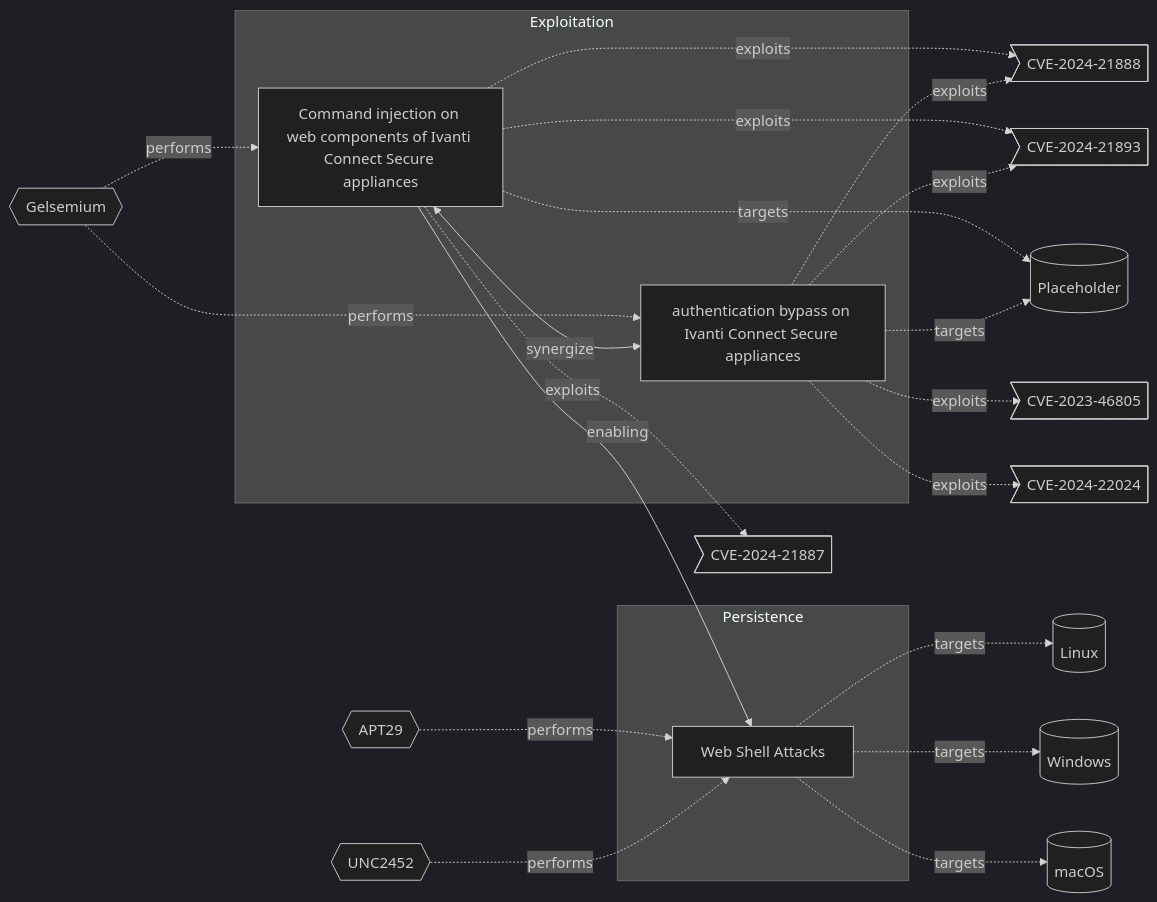
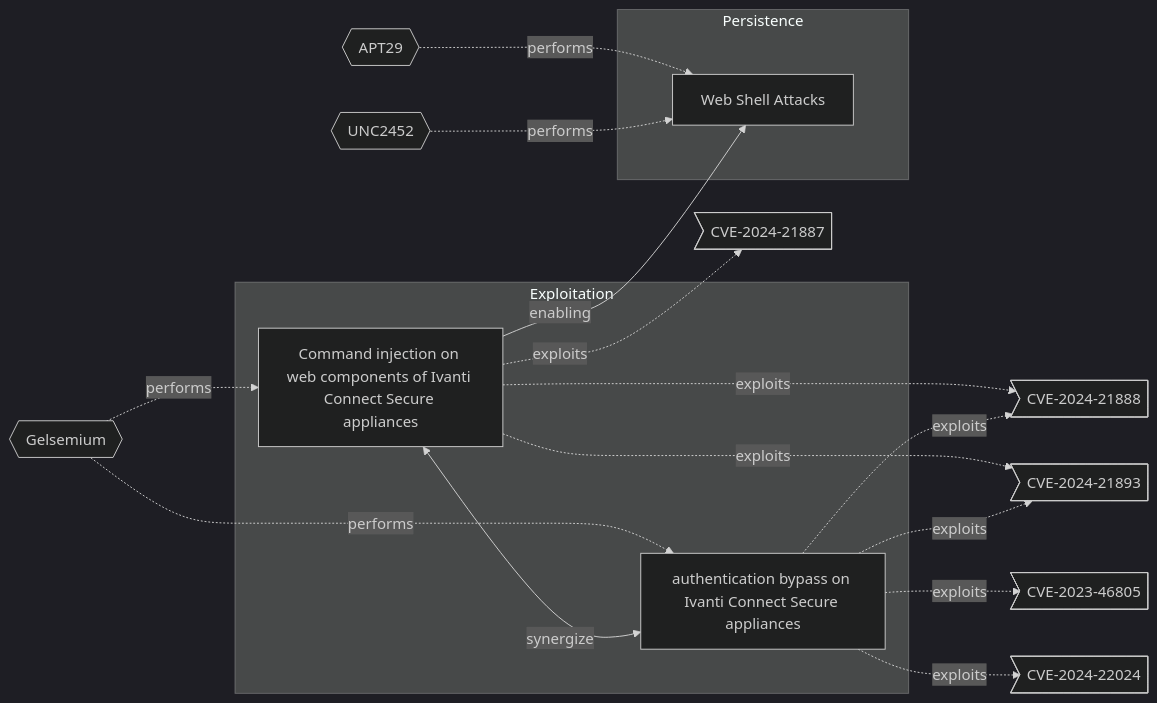
Before and after one commit to OpenTideHQ/WikiTide: the diagram in Models/Threat Vectors/☣️ Command injection on web components of Ivanti Connect Secure appliances.md, drawn with Mermaid (dark theme). The commit also changed other lines of this file and 232 other files, not shown here.

````diff
--- a/Models/Threat Vectors/☣️ Command injection on web components of Ivanti Connect Secure appliances.md
+++ b/Models/Threat Vectors/☣️ Command injection on web components of Ivanti Connect Secure appliances.md
@@ -93,50 +93,41 @@
 ```mermaid
 
 flowchart LR
 
 4b1c47ee-f45a-4b89-98e7-e943bcd5dd19[Command injection on web components of Ivanti Connect Secure appliances]
 810057c6-cb84-41e4-add4-ae56b52c8ab7[authentication bypass on Ivanti Connect Secure appliances]
 4d6104e3-10d4-4a12-b081-d937df848891[Web Shell Attacks]
 
 subgraph Exploitation
 4b1c47ee-f45a-4b89-98e7-e943bcd5dd19
 810057c6-cb84-41e4-add4-ae56b52c8ab7
 end
 subgraph Persistence
 4d6104e3-10d4-4a12-b081-d937df848891
 end
 
 CVE-2024-21887>CVE-2024-21887]
 CVE-2024-21888>CVE-2024-21888]
 CVE-2024-21893>CVE-2024-21893]
 CVE-2023-46805>CVE-2023-46805]
 CVE-2024-22024>CVE-2024-22024]
-Placeholder[(Placeholder)]
-Linux[(Linux)]
-Windows[(Windows)]
-macOS[(macOS)]
 Gelsemium{{Gelsemium}}
 APT29{{APT29}}
 UNC2452{{UNC2452}}
 
 4b1c47ee-f45a-4b89-98e7-e943bcd5dd19 -.->|exploits| CVE-2024-21887
 4b1c47ee-f45a-4b89-98e7-e943bcd5dd19 -.->|exploits| CVE-2024-21888
 4b1c47ee-f45a-4b89-98e7-e943bcd5dd19 -.->|exploits| CVE-2024-21893
 810057c6-cb84-41e4-add4-ae56b52c8ab7 -.->|exploits| CVE-2023-46805
 810057c6-cb84-41e4-add4-ae56b52c8ab7 -.->|exploits| CVE-2024-21888
 810057c6-cb84-41e4-add4-ae56b52c8ab7 -.->|exploits| CVE-2024-21893
 810057c6-cb84-41e4-add4-ae56b52c8ab7 -.->|exploits| CVE-2024-22024
-4b1c47ee-f45a-4b89-98e7-e943bcd5dd19 -.->|targets| Placeholder
-810057c6-cb84-41e4-add4-ae56b52c8ab7 -.->|targets| Placeholder
-4d6104e3-10d4-4a12-b081-d937df848891 -.->|targets| Linux
-4d6104e3-10d4-4a12-b081-d937df848891 -.->|targets| Windows
-4d6104e3-10d4-4a12-b081-d937df848891 -.->|targets| macOS
 Gelsemium -.-> |performs| 4b1c47ee-f45a-4b89-98e7-e943bcd5dd19
 Gelsemium -.-> |performs| 810057c6-cb84-41e4-add4-ae56b52c8ab7
 APT29 -.-> |performs| 4d6104e3-10d4-4a12-b081-d937df848891
 UNC2452 -.-> |performs| 4d6104e3-10d4-4a12-b081-d937df848891
 
 4b1c47ee-f45a-4b89-98e7-e943bcd5dd19 <-->|synergize| 810057c6-cb84-41e4-add4-ae56b52c8ab7
 4b1c47ee-f45a-4b89-98e7-e943bcd5dd19 -->|enabling| 4d6104e3-10d4-4a12-b081-d937df848891
 
 ```
````
